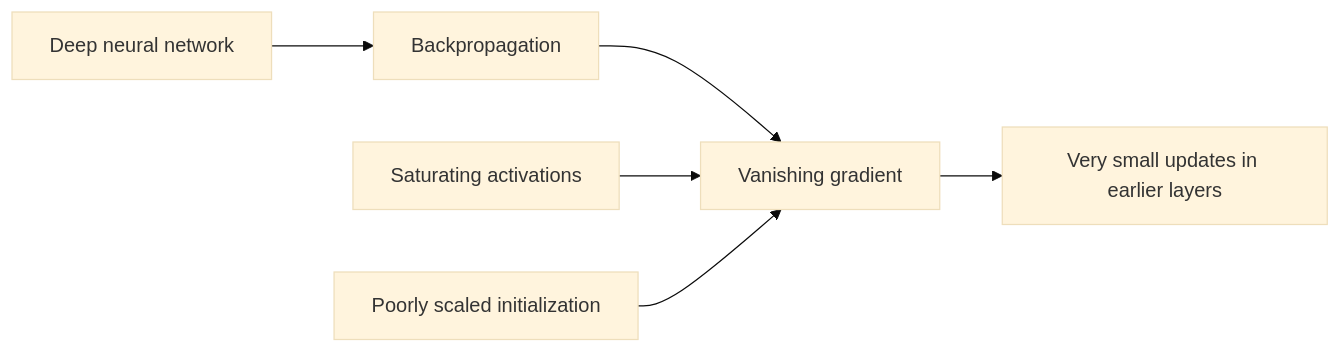
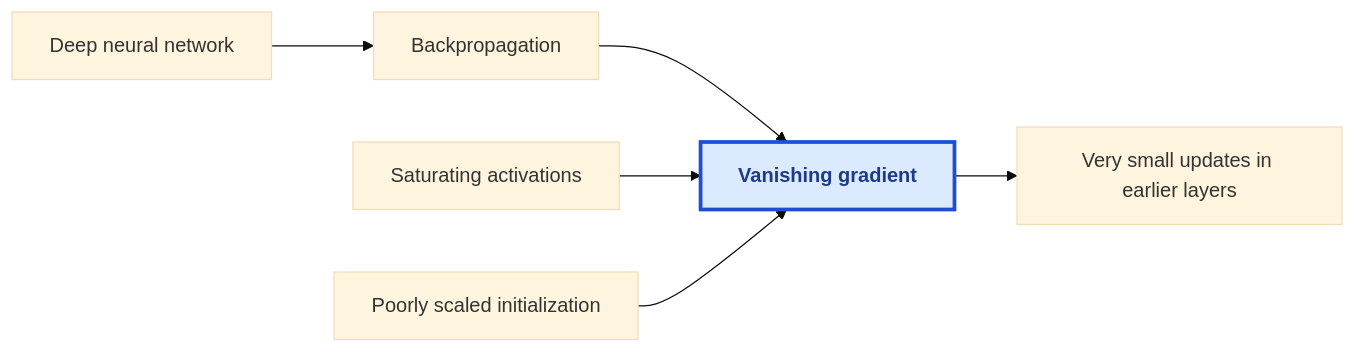
Before and after one commit to ilwon-seo/terms: the diagram in V/Vanishing Gradient.md, drawn with Mermaid (base theme). The commit also changed 18 other files, not shown here.

Commit message:
Standardize current-term Mermaid styling

````diff
--- a/V/Vanishing Gradient.md
+++ b/V/Vanishing Gradient.md
@@ -62,10 +62,12 @@
 ```mermaid
 flowchart LR
   deep["Deep neural network"] --> backprop["Backpropagation"]
   activation["Saturating activations"]
   initialization["Poorly scaled initialization"]
   backprop --> vanishing["Vanishing gradient"]
   activation --> vanishing
   initialization --> vanishing
   vanishing --> updates["Very small updates in earlier layers"]
+  classDef currentTerm fill:#dbeafe,stroke:#1d4ed8,stroke-width:3px,color:#1e3a8a,font-weight:bold
+  class vanishing currentTerm
 ```
````
